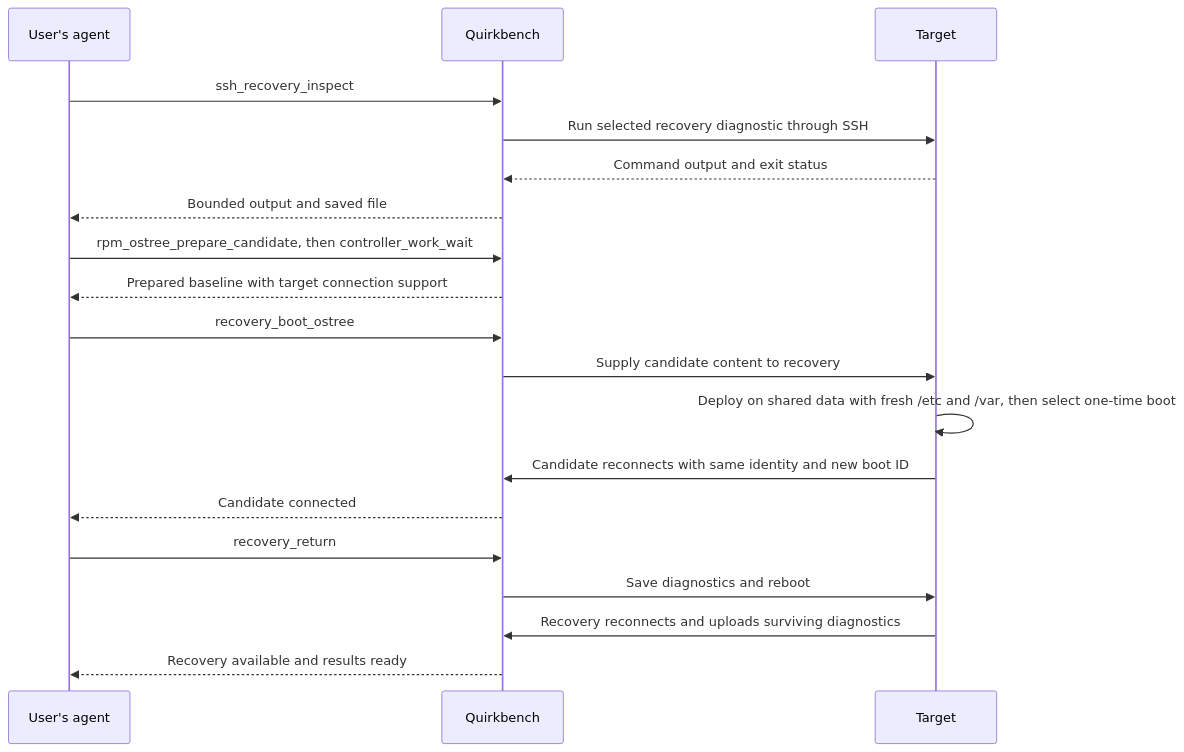
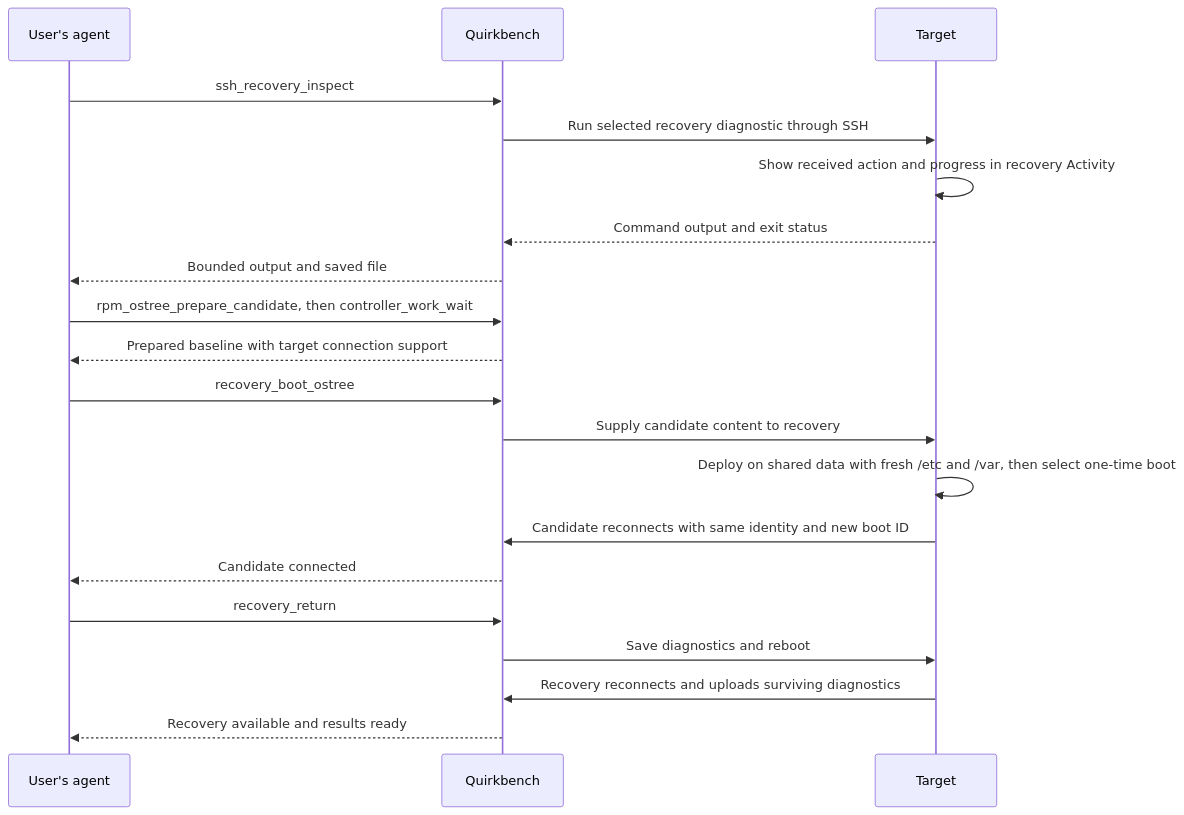
Before and after one commit to esper256/quirkbench: the second of 4 diagrams in docs/designs/component-sequence.md, drawn with Mermaid. The commit also changed other lines of this file and 29 other files, not shown here.

````diff
--- a/docs/designs/component-sequence.md
+++ b/docs/designs/component-sequence.md
@@ -28,21 +30,22 @@
 ```mermaid
 sequenceDiagram
     participant Agent as User's agent
     participant Quirkbench
     participant Target
     Agent->>Quirkbench: ssh_recovery_inspect
     Quirkbench->>Target: Run selected recovery diagnostic through SSH
+    Target->>Target: Show received action and progress in recovery Activity
     Target-->>Quirkbench: Command output and exit status
     Quirkbench-->>Agent: Bounded output and saved file
     Agent->>Quirkbench: rpm_ostree_prepare_candidate, then controller_work_wait
     Quirkbench-->>Agent: Prepared baseline with target connection support
     Agent->>Quirkbench: recovery_boot_ostree
     Quirkbench->>Target: Supply candidate content to recovery
     Target->>Target: Deploy on shared data with fresh /etc and /var, then select one-time boot
     Target->>Quirkbench: Candidate reconnects with same identity and new boot ID
     Quirkbench-->>Agent: Candidate connected
     Agent->>Quirkbench: recovery_return
     Quirkbench->>Target: Save diagnostics and reboot
     Target->>Quirkbench: Recovery reconnects and uploads surviving diagnostics
     Quirkbench-->>Agent: Recovery available and results ready
 ```
````
